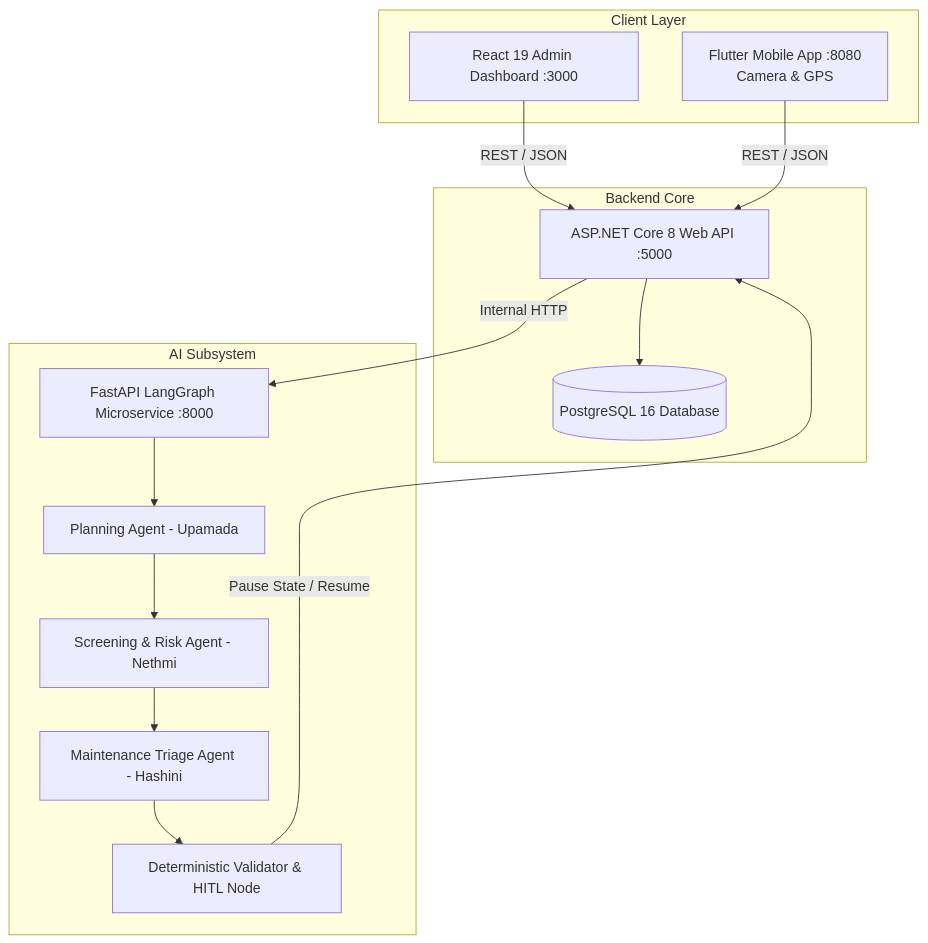
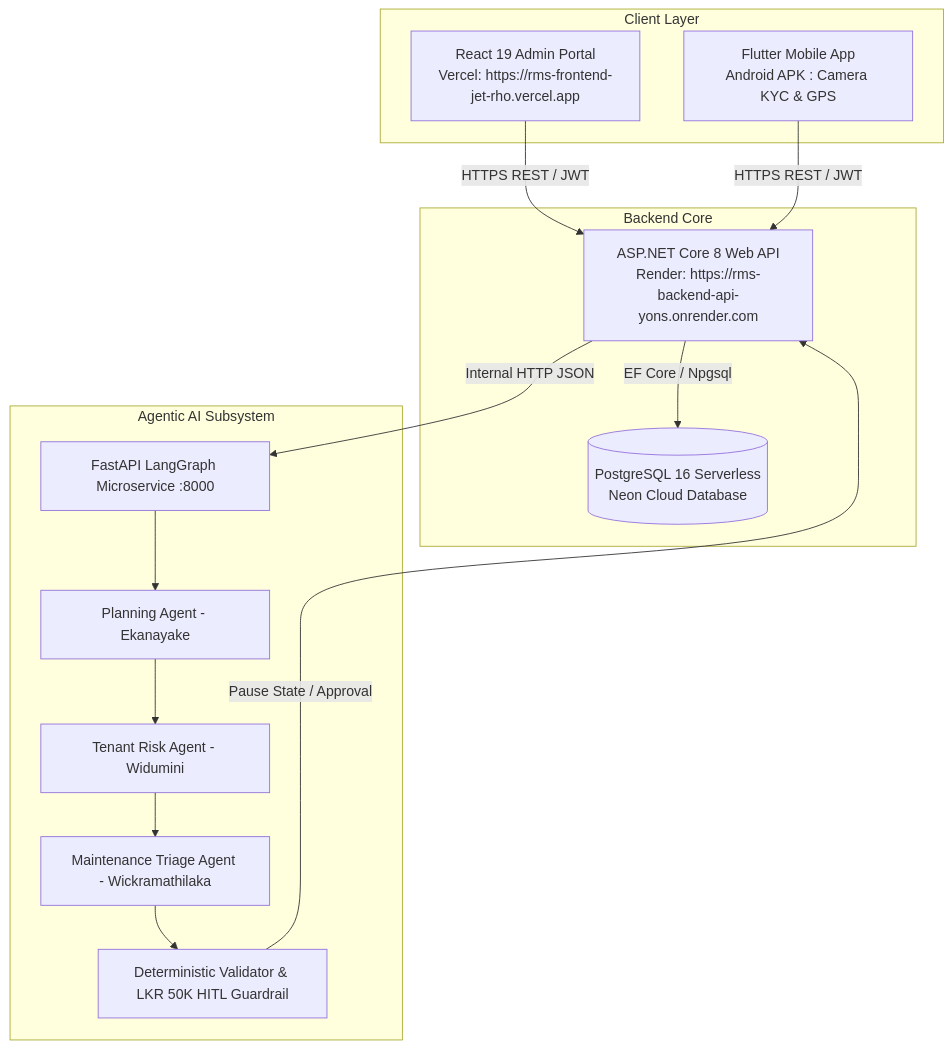
Before and after one commit to IT24200314/SE3090-RMS: the first of 2 diagrams in README.md, drawn with Mermaid. The commit also changed other lines of this file and 4 other files, not shown here.

````diff
--- a/README.md
+++ b/README.md
@@ -47,27 +71,27 @@
 ```mermaid
 graph TD
     subgraph Client Layer
-        A[React 19 Admin Dashboard :3000]
-        B[Flutter Mobile App :8080<br/>Camera & GPS]
+        A[React 19 Admin Portal<br/>Vercel: https://rms-frontend-jet-rho.vercel.app]
+        B[Flutter Mobile App<br/>Android APK : Camera KYC & GPS]
     end
 
     subgraph Backend Core
-        C[ASP.NET Core 8 Web API :5000]
-        D[(PostgreSQL 16 Database)]
+        C[ASP.NET Core 8 Web API<br/>Render: https://rms-backend-api-yons.onrender.com]
+        D[(PostgreSQL 16 Serverless<br/>Neon Cloud Database)]
     end
 
-    subgraph AI Subsystem
+    subgraph Agentic AI Subsystem
         E[FastAPI LangGraph Microservice :8000]
-        F[Planning Agent - Upamada]
-        G[Screening & Risk Agent - Nethmi]
-        H[Maintenance Triage Agent - Hashini]
-        I[Deterministic Validator & HITL Node]
+        F[Planning Agent - Ekanayake]
+        G[Tenant Risk Agent - Widumini]
+        H[Maintenance Triage Agent - Wickramathilaka]
+        I[Deterministic Validator & LKR 50K HITL Guardrail]
     end
 
-    A -->|REST / JSON| C
-    B -->|REST / JSON| C
-    C --> D
-    C -->|Internal HTTP| E
+    A -->|HTTPS REST / JWT| C
+    B -->|HTTPS REST / JWT| C
+    C -->|EF Core / Npgsql| D
+    C -->|Internal HTTP JSON| E
     E --> F --> G --> H --> I
-    I -->|Pause State / Resume| C
+    I -->|Pause State / Approval| C
 ```
````
